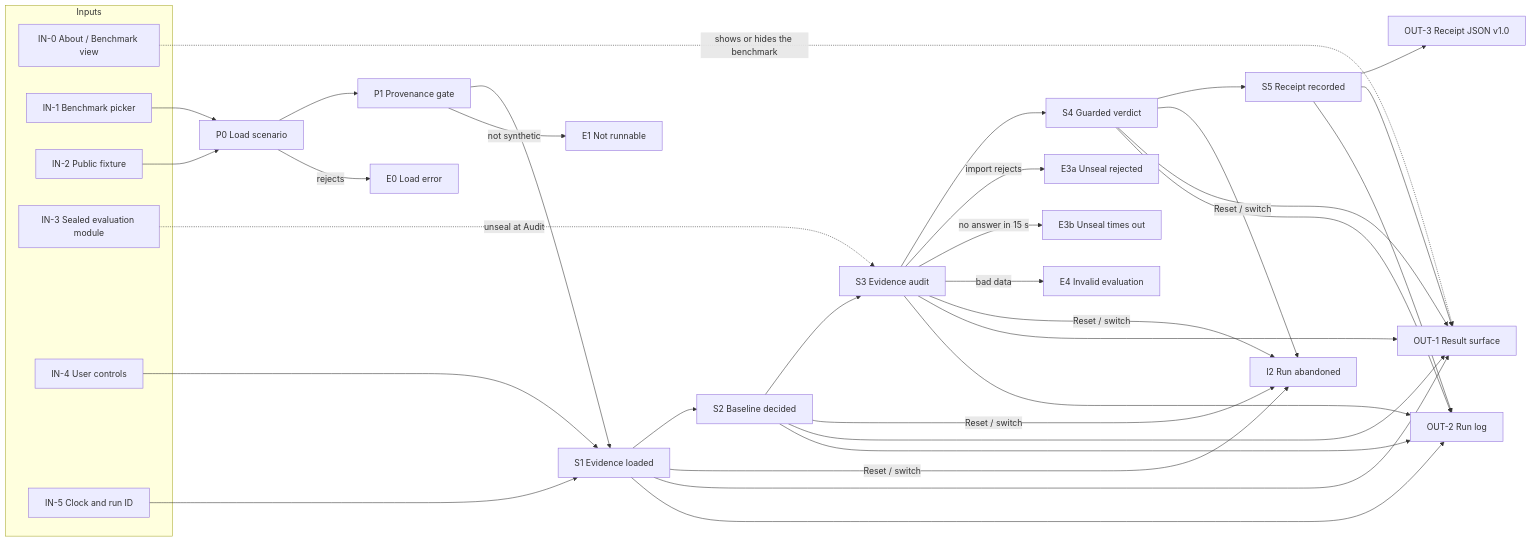
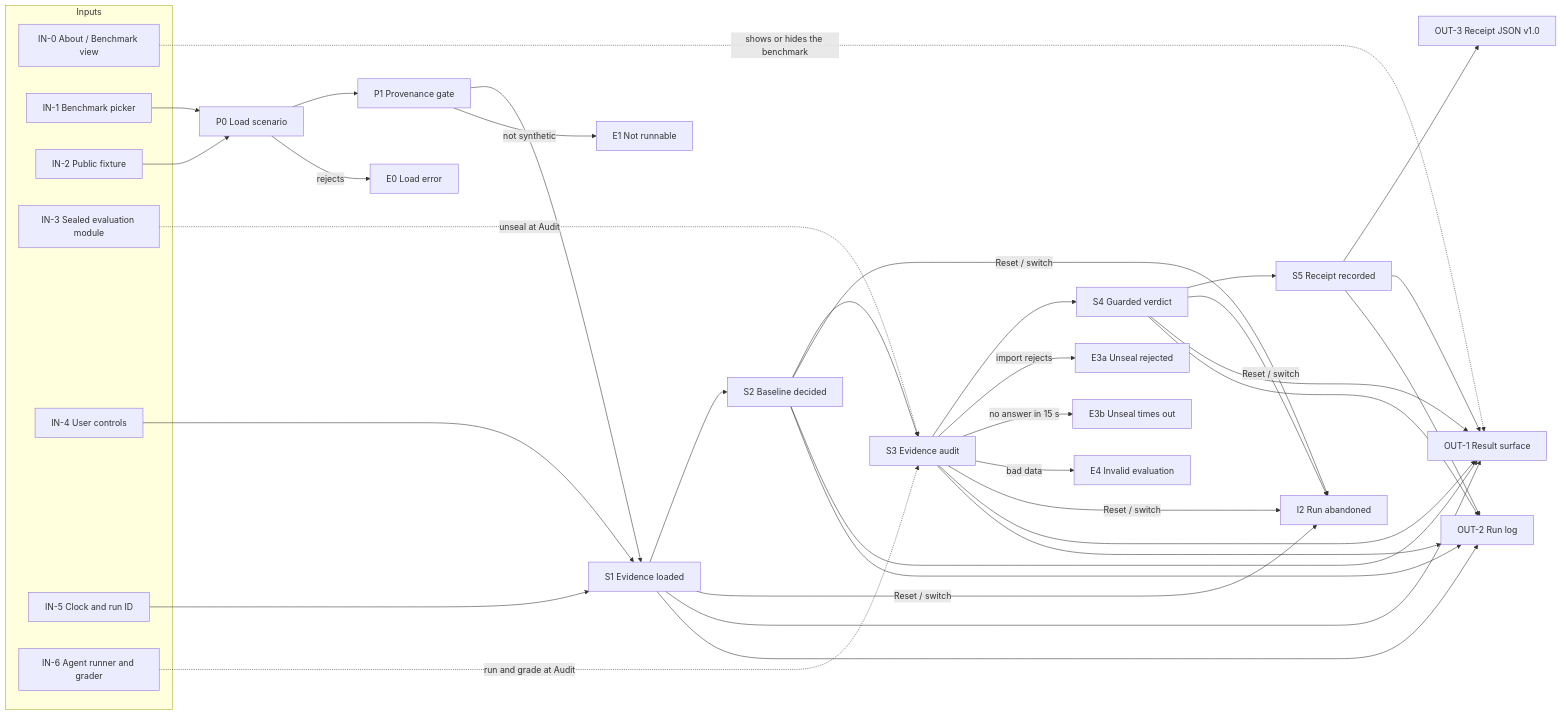
The diagram in docs/PIPELINE.md (neomatrix369/falsifybench), drawn with Mermaid before and after one commit. The commit also changed other lines of this file and 38 other files, not shown here.

Commit message:
Split guarded answers and hand scores out of the sealed evaluation behind AgentRunner/Grader seams

````diff
--- a/docs/PIPELINE.md
+++ b/docs/PIPELINE.md
@@ -9,28 +9,30 @@
 ```mermaid
 flowchart LR
   subgraph IN[Inputs]
     IN0[IN-0 About / Benchmark view]
     IN1[IN-1 Benchmark picker]
     IN2[IN-2 Public fixture]
     IN3[IN-3 Sealed evaluation module]
     IN4[IN-4 User controls]
     IN5[IN-5 Clock and run ID]
+    IN6[IN-6 Agent runner and grader]
   end
   P0[P0 Load scenario] --> P1[P1 Provenance gate]
   P1 --> S1[S1 Evidence loaded] --> S2[S2 Baseline decided] --> S3[S3 Evidence audit] --> S4[S4 Guarded verdict] --> S5[S5 Receipt recorded]
   IN0 -. shows or hides the benchmark .-> OUT1
   IN1 --> P0
   IN2 --> P0
   IN3 -. unseal at Audit .-> S3
+  IN6 -. run and grade at Audit .-> S3
   IN4 --> S1
   IN5 --> S1
   P0 -- rejects --> E0[E0 Load error]
   P1 -- not synthetic --> E1[E1 Not runnable]
   S3 -- import rejects --> E3a[E3a Unseal rejected]
   S3 -- no answer in 15 s --> E3b[E3b Unseal times out]
   S3 -- bad data --> E4[E4 Invalid evaluation]
   S1 & S2 & S3 & S4 -- Reset / switch --> I2[I2 Run abandoned]
   S5 --> OUT3[OUT-3 Receipt JSON v1.0]
   S1 & S2 & S3 & S4 & S5 --> OUT1[OUT-1 Result surface]
   S1 & S2 & S3 & S4 & S5 --> OUT2[OUT-2 Run log]
 ```
````
